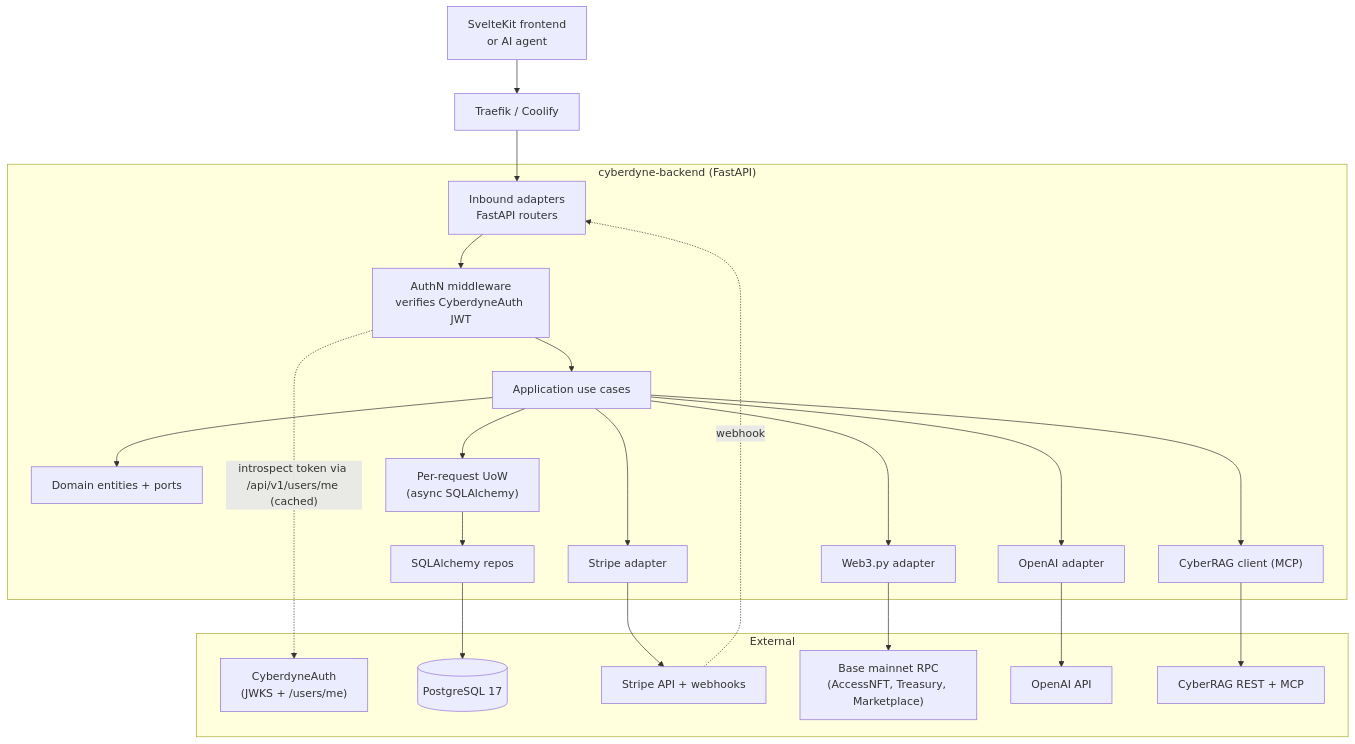
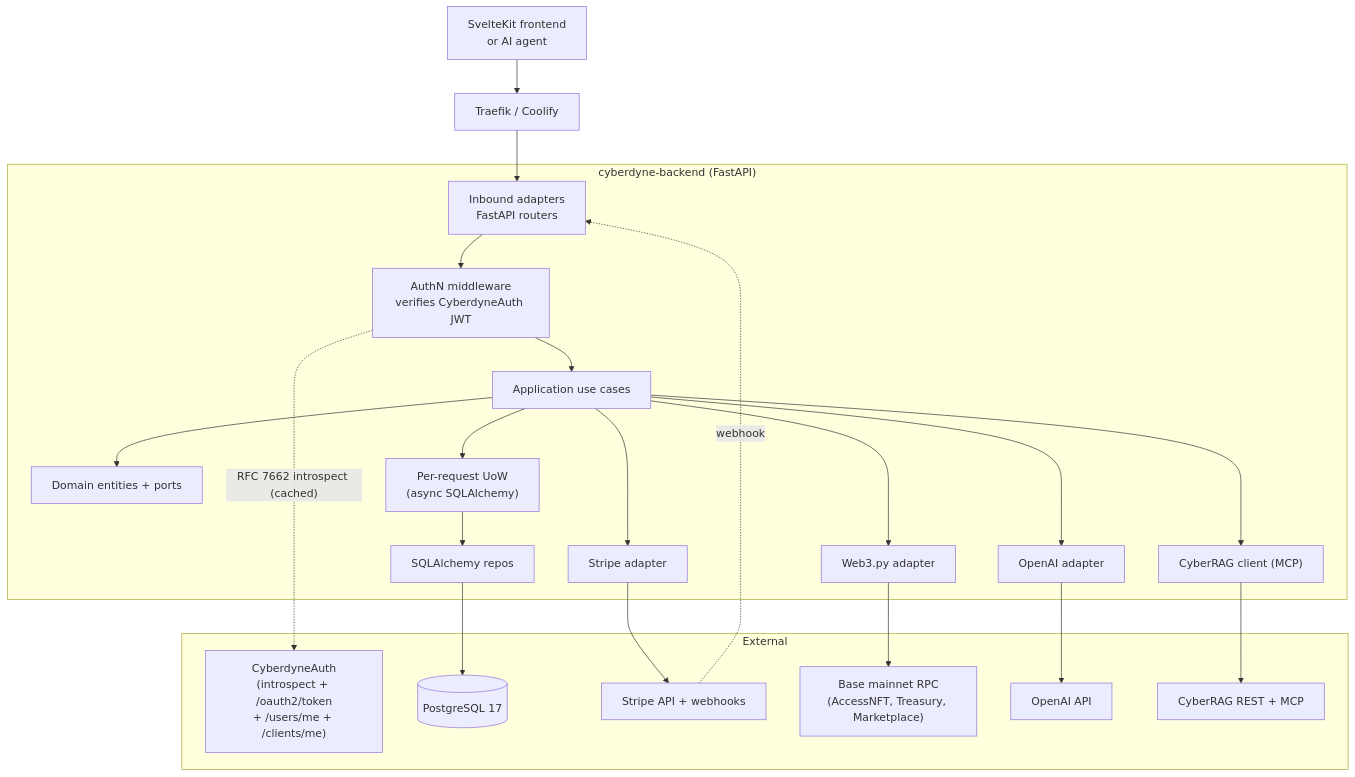
One commit to CyberdyneCorp/cyberdynedao changed the diagram in docs/backend-roadmap.md. Above: the diagram before and after it, drawn with Mermaid. The commit also changed other lines of this file, not shown here.

````diff
--- a/docs/backend-roadmap.md
+++ b/docs/backend-roadmap.md
@@ -104,36 +104,36 @@
 ```mermaid
 flowchart TB
     Client["SvelteKit frontend<br/>or AI agent"]
     Traefik["Traefik / Coolify"]
 
     subgraph App["cyberdyne-backend (FastAPI)"]
         Routers["Inbound adapters<br/>FastAPI routers"]
         AuthMW["AuthN middleware<br/>verifies CyberdyneAuth JWT"]
         UC["Application use cases"]
         Domain["Domain entities + ports"]
         UoW["Per-request UoW<br/>(async SQLAlchemy)"]
         OutPersist["SQLAlchemy repos"]
         OutStripe["Stripe adapter"]
         OutWeb3["Web3.py adapter"]
         OutOpenAI["OpenAI adapter"]
         OutRAG["CyberRAG client (MCP)"]
     end
 
     subgraph Ext["External"]
-        Auth["CyberdyneAuth<br/>(JWKS + /users/me)"]
+        Auth["CyberdyneAuth<br/>(introspect + /oauth2/token<br/>+ /users/me + /clients/me)"]
         PG[("PostgreSQL 17")]
         Stripe["Stripe API + webhooks"]
         Base["Base mainnet RPC<br/>(AccessNFT, Treasury, Marketplace)"]
         OpenAI["OpenAI API"]
         CyberRAG["CyberRAG REST + MCP"]
     end
 
     Client --> Traefik --> Routers --> AuthMW --> UC --> Domain
-    AuthMW -. introspect token via /api/v1/users/me (cached) .-> Auth
+    AuthMW -. RFC 7662 introspect (cached) .-> Auth
     UC --> UoW --> OutPersist --> PG
     UC --> OutStripe --> Stripe
     UC --> OutWeb3 --> Base
     UC --> OutOpenAI --> OpenAI
     UC --> OutRAG --> CyberRAG
     Stripe -. webhook .-> Routers
 ```
````
